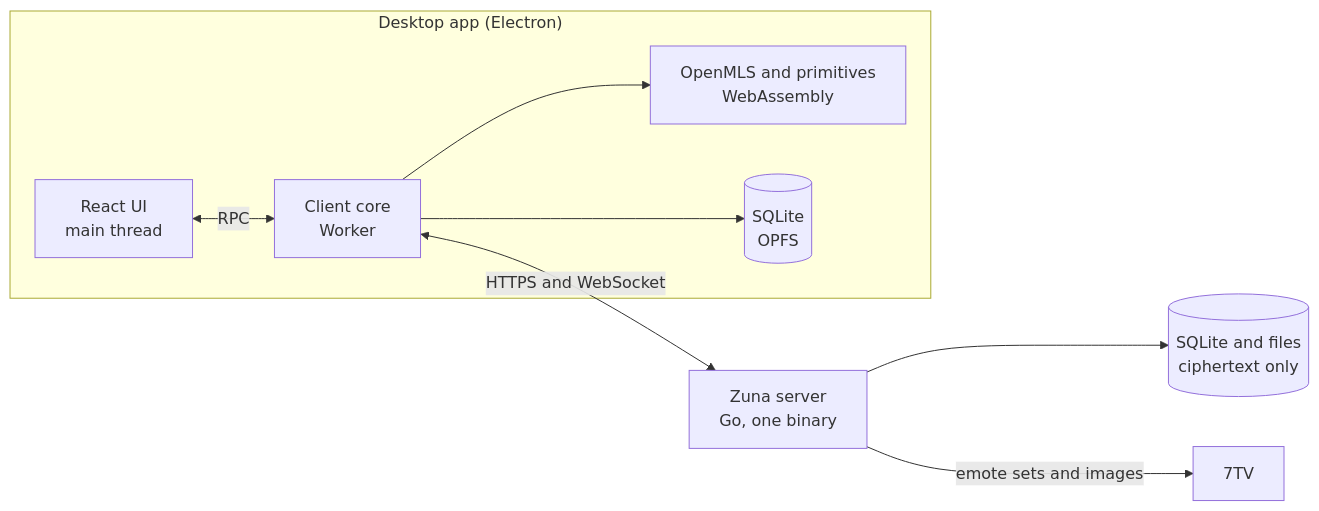
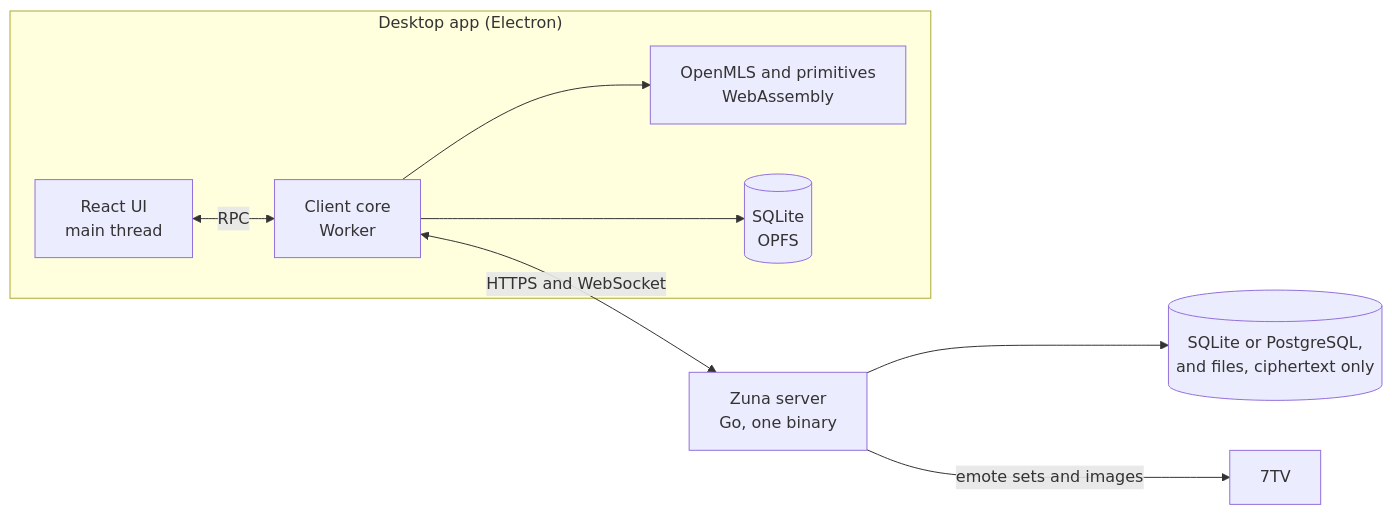
One commit to zuna-app/zuna changed the first of 2 diagrams in docs/ARCHITECTURE.md. Above: the diagram before and after it, drawn with Mermaid. The commit also changed other lines of this file and 27 other files, not shown here.

````diff
--- a/docs/ARCHITECTURE.md
+++ b/docs/ARCHITECTURE.md
@@ -3,18 +3,18 @@
 ```mermaid
 flowchart LR
   subgraph App["Desktop app (Electron)"]
     UI["React UI<br/>main thread"]
     Core["Client core<br/>Worker"]
     Crypto["OpenMLS and primitives<br/>WebAssembly"]
     DB[("SQLite<br/>OPFS")]
     UI <-->|RPC| Core
     Core --> Crypto
     Core --> DB
   end
   Server["Zuna server<br/>Go, one binary"]
-  Store[("SQLite and files<br/>ciphertext only")]
+  Store[("SQLite or PostgreSQL,<br/>and files, ciphertext only")]
   SevenTV["7TV"]
   Core <-->|"HTTPS and WebSocket"| Server
   Server --> Store
   Server -->|"emote sets and images"| SevenTV
 ```
````
